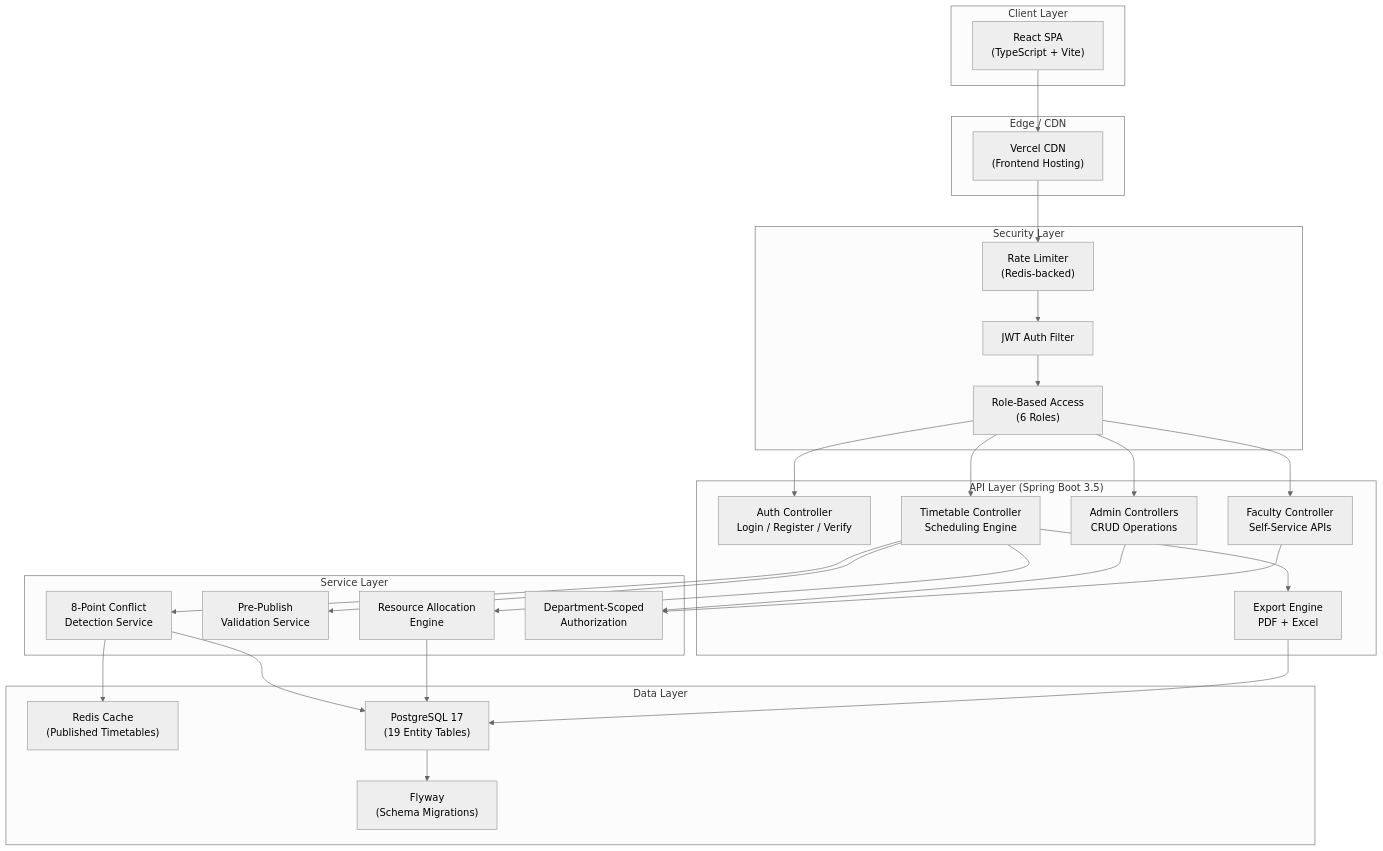
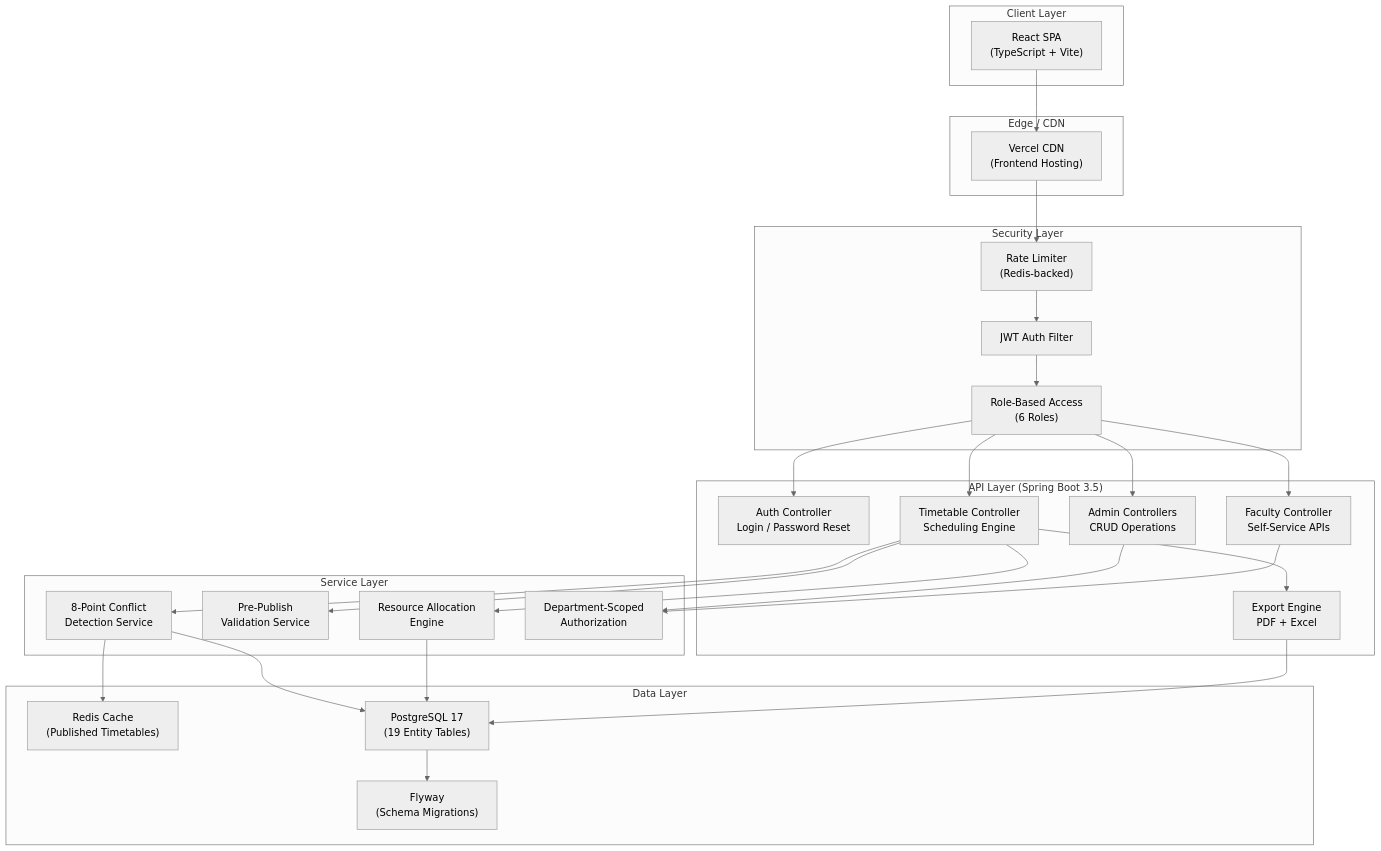
The first of 5 diagrams in README.md (abhijeet-rane/SamaySetu), drawn with Mermaid (neutral theme) before and after one commit. The commit also changed other lines of this file and 3 other files, not shown here.

First line of the commit message:
docs: remove self-registration and verify email flows from showcase

````diff
--- a/README.md
+++ b/README.md
@@ -277,54 +277,54 @@
 ```mermaid
 graph TB
     subgraph "Client Layer"
         Browser["React SPA<br/>(TypeScript + Vite)"]
     end
 
     subgraph "Edge / CDN"
         Vercel["Vercel CDN<br/>(Frontend Hosting)"]
     end
 
     subgraph "Security Layer"
         RateLimit["Rate Limiter<br/>(Redis-backed)"]
         JWTFilter["JWT Auth Filter"]
         RBAC["Role-Based Access<br/>(6 Roles)"]
     end
 
     subgraph "API Layer (Spring Boot 3.5)"
-        Auth["Auth Controller<br/>Login / Register / Verify"]
+        Auth["Auth Controller<br/>Login / Password Reset"]
         Admin["Admin Controllers<br/>CRUD Operations"]
         Timetable["Timetable Controller<br/>Scheduling Engine"]
         Faculty["Faculty Controller<br/>Self-Service APIs"]
         Export["Export Engine<br/>PDF + Excel"]
     end
 
     subgraph "Service Layer"
         Conflict["8-Point Conflict<br/>Detection Service"]
         Validation["Pre-Publish<br/>Validation Service"]
         Allocation["Resource Allocation<br/>Engine"]
         DeptAuth["Department-Scoped<br/>Authorization"]
     end
 
     subgraph "Data Layer"
         Cache["Redis Cache<br/>(Published Timetables)"]
         DB["PostgreSQL 17<br/>(19 Entity Tables)"]
         Flyway["Flyway<br/>(Schema Migrations)"]
     end
 
     Browser --> Vercel --> RateLimit --> JWTFilter --> RBAC
     RBAC --> Auth
     RBAC --> Admin
     RBAC --> Timetable
     RBAC --> Faculty
     Timetable --> Conflict
     Timetable --> Validation
     Timetable --> Allocation
     Timetable --> Export
     Admin --> DeptAuth
     Faculty --> DeptAuth
     Conflict --> Cache
     Conflict --> DB
     Allocation --> DB
     Export --> DB
     DB --> Flyway
 ```
````
